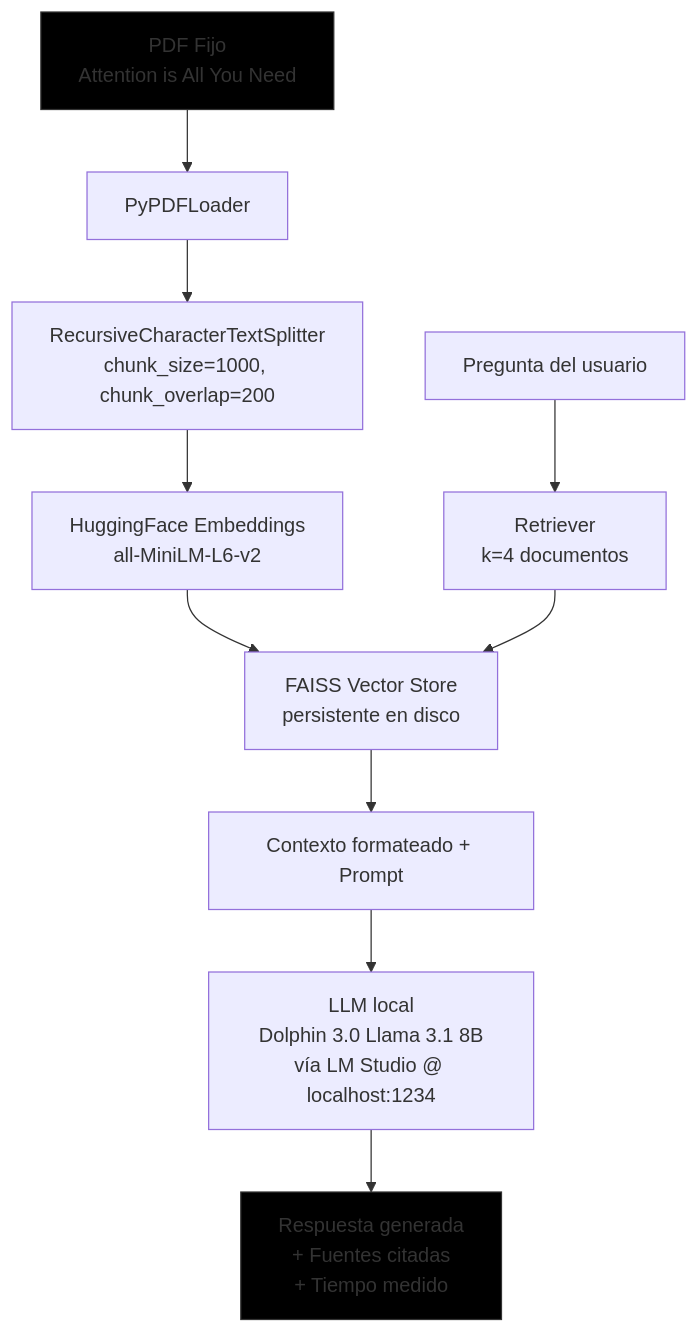
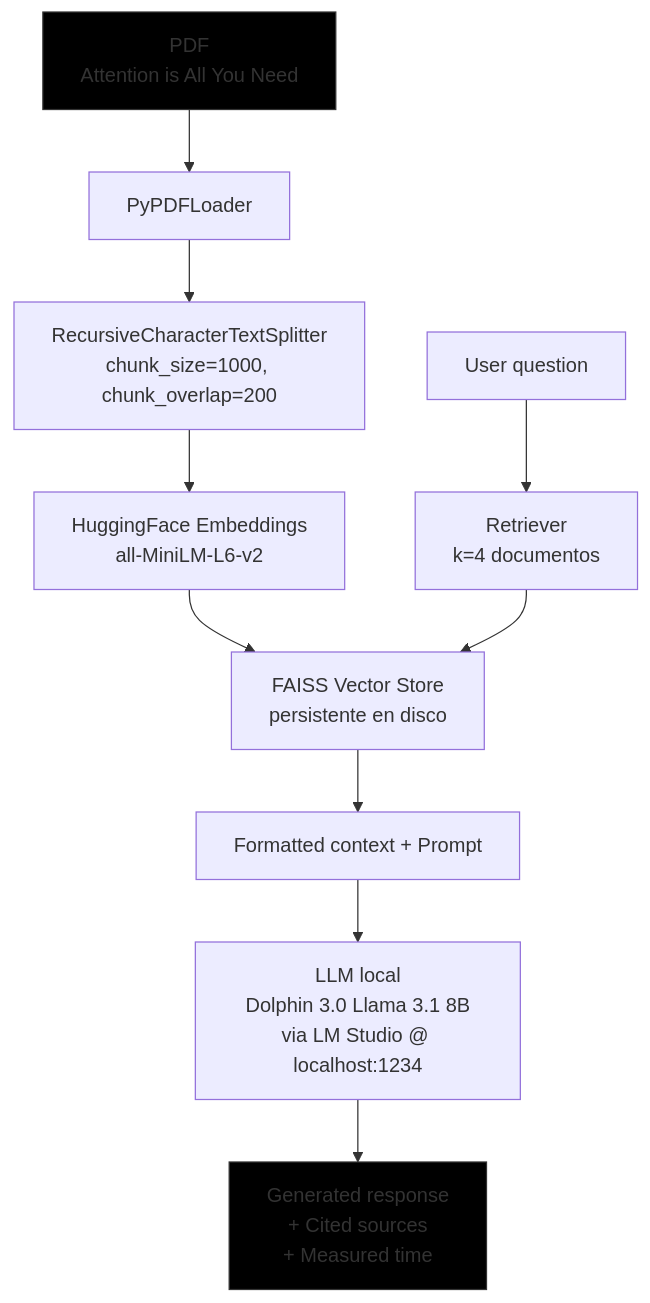
One commit to josemayor/RAG-PDF-Assistant changed the diagram in README.md. Above: the diagram before and after it, drawn with Mermaid. The commit also changed other lines of this file, not shown here.

Commit message:
Refactor architecture diagram and update dataset description in README in english lang

````diff
--- a/README.md
+++ b/README.md
@@ -20,18 +20,18 @@
 ```mermaid
 flowchart TD
-    A[PDF Fijo<br/>Attention is All You Need] --> B[PyPDFLoader]
+    A[PDF<br/>Attention is All You Need] --> B[PyPDFLoader]
     B --> C[RecursiveCharacterTextSplitter<br/>chunk_size=1000, chunk_overlap=200]
     C --> D[HuggingFace Embeddings<br/>all-MiniLM-L6-v2]
     D --> E[FAISS Vector Store<br/>persistente en disco]
     
-    F[Pregunta del usuario] --> G[Retriever<br/>k=4 documentos]
+    F[User question] --> G[Retriever<br/>k=4 documentos]
     G --> E
     
-    E --> H[Contexto formateado + Prompt]
-    H --> I[LLM local<br/>Dolphin 3.0 Llama 3.1 8B<br/>vía LM Studio @ localhost:1234]
+    E --> H[Formatted context + Prompt]
+    H --> I[LLM local<br/>Dolphin 3.0 Llama 3.1 8B<br/>via LM Studio @ localhost:1234]
     
-    I --> J[Respuesta generada<br/>+ Fuentes citadas<br/>+ Tiempo medido]
+    I --> J[Generated response<br/>+ Cited sources<br/>+ Measured time]
     
     style A fill:#000,stroke:#333
     style J fill:#000,stroke:#333
 ```
````
